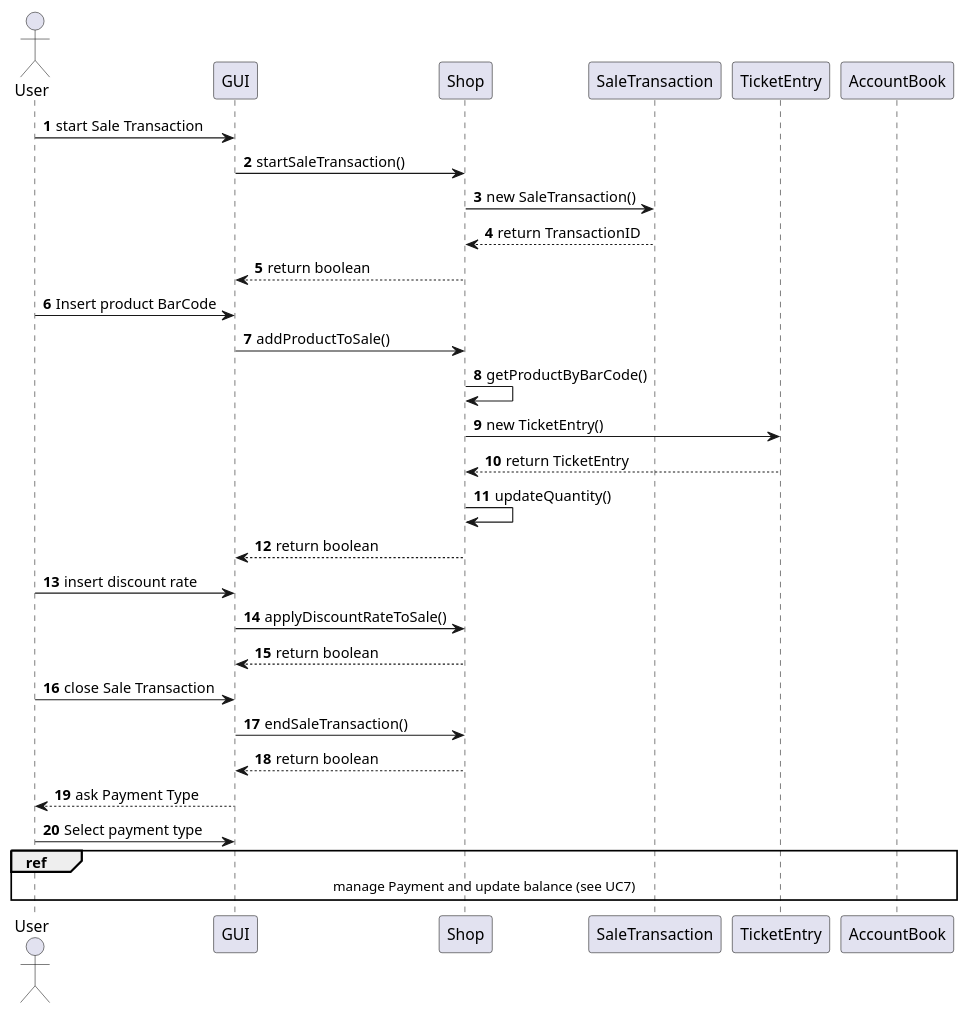
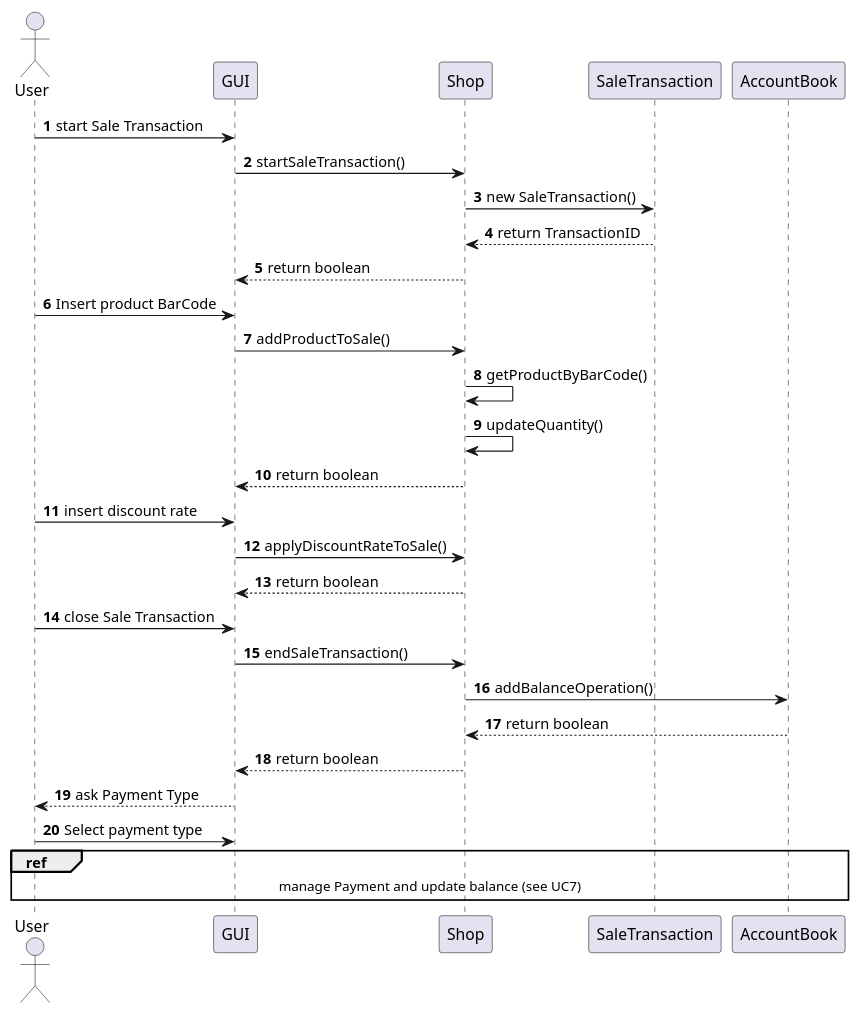
One commit to Stormz4/group20-EzShop changed diagram 17 of 23 in Deliverables/DesignDocument.md. Above: the diagram before and after it, drawn with PlantUML. The commit also changed other lines of this file, not shown here.

````diff
--- a/Deliverables/DesignDocument.md
+++ b/Deliverables/DesignDocument.md
@@ -656,29 +580,29 @@
 ```plantuml
 @startuml
 Actor User
 autonumber
 User -> GUI: start Sale Transaction
 GUI -> Shop: startSaleTransaction()
 Shop -> SaleTransaction: new SaleTransaction()
 SaleTransaction --> Shop: return TransactionID
 Shop --> GUI: return boolean
 User -> GUI: Insert product BarCode
 GUI -> Shop: addProductToSale()
 Shop -> Shop: getProductByBarCode()
-Shop -> TicketEntry: new TicketEntry()
-TicketEntry --> Shop: return TicketEntry
 Shop -> Shop : updateQuantity()
 Shop --> GUI: return boolean
 User -> GUI: insert discount rate
 GUI -> Shop: applyDiscountRateToSale()
 Shop --> GUI: return boolean
 User -> GUI: close Sale Transaction
 GUI -> Shop: endSaleTransaction()
+Shop -> AccountBook: addBalanceOperation()
+AccountBook --> Shop: return boolean
 Shop --> GUI: return boolean
 GUI --> User: ask Payment Type
 User -> GUI: Select payment type
 ref over GUI, User, Shop, AccountBook
  manage Payment and update balance (see UC7)
 end ref
 @enduml
 ```
````
